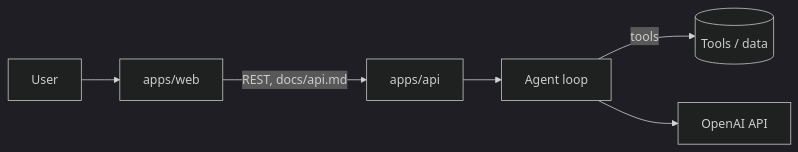
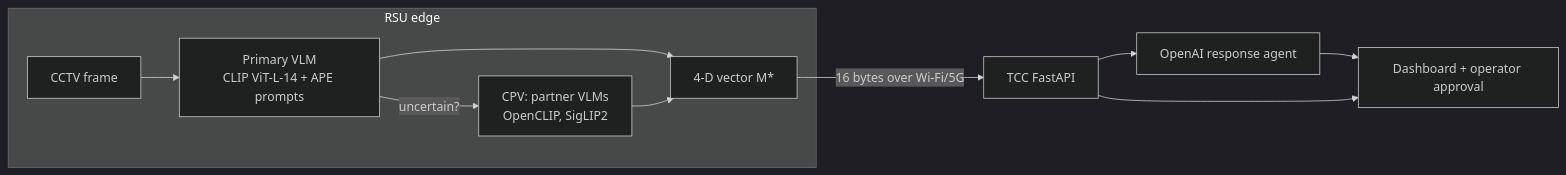
The diagram in docs/architecture.md (erthcyp/khun-chai-team36), drawn with Mermaid (dark theme) before and after one commit. The commit also changed other lines of this file and 30 other files, not shown here.

Commit message:
feat: RSU semantic payload, CPV, TCC response agent, live dashboard

````diff
--- a/docs/architecture.md
+++ b/docs/architecture.md
@@ -3,8 +3,13 @@
 ```mermaid
 flowchart LR
-  U[User] --> W[apps/web]
-  W -->|REST, docs/api.md| A[apps/api]
-  A --> G[Agent loop]
-  G -->|tools| T[(Tools / data)]
-  G --> M[OpenAI API]
+  subgraph RSU[RSU edge]
+    C[CCTV frame] --> P[Primary VLM<br/>CLIP ViT-L-14 + APE prompts]
+    P -->|uncertain?| V[CPV: partner VLMs<br/>OpenCLIP, SigLIP2]
+    P --> M[4-D vector M*]
+    V --> M
+  end
+  M -->|16 bytes over Wi-Fi/5G| T[TCC FastAPI]
+  T --> A[OpenAI response agent]
+  A --> D[Dashboard + operator approval]
+  T --> D
 ```
````
